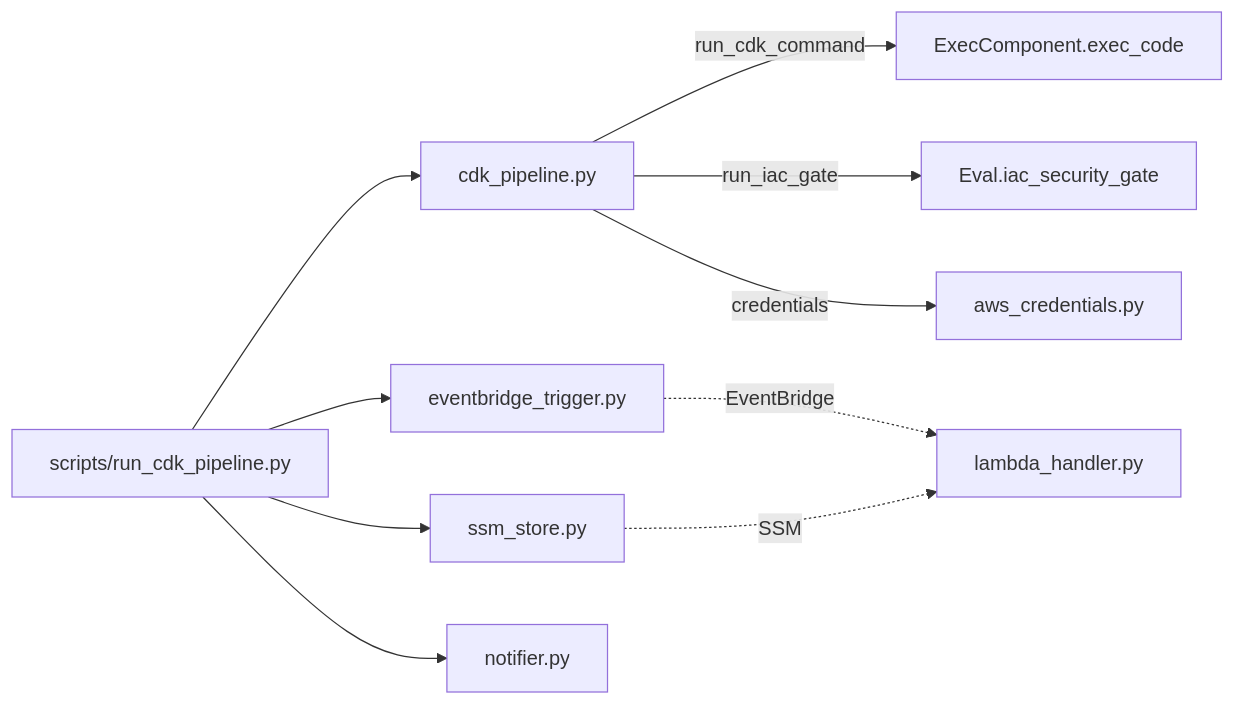
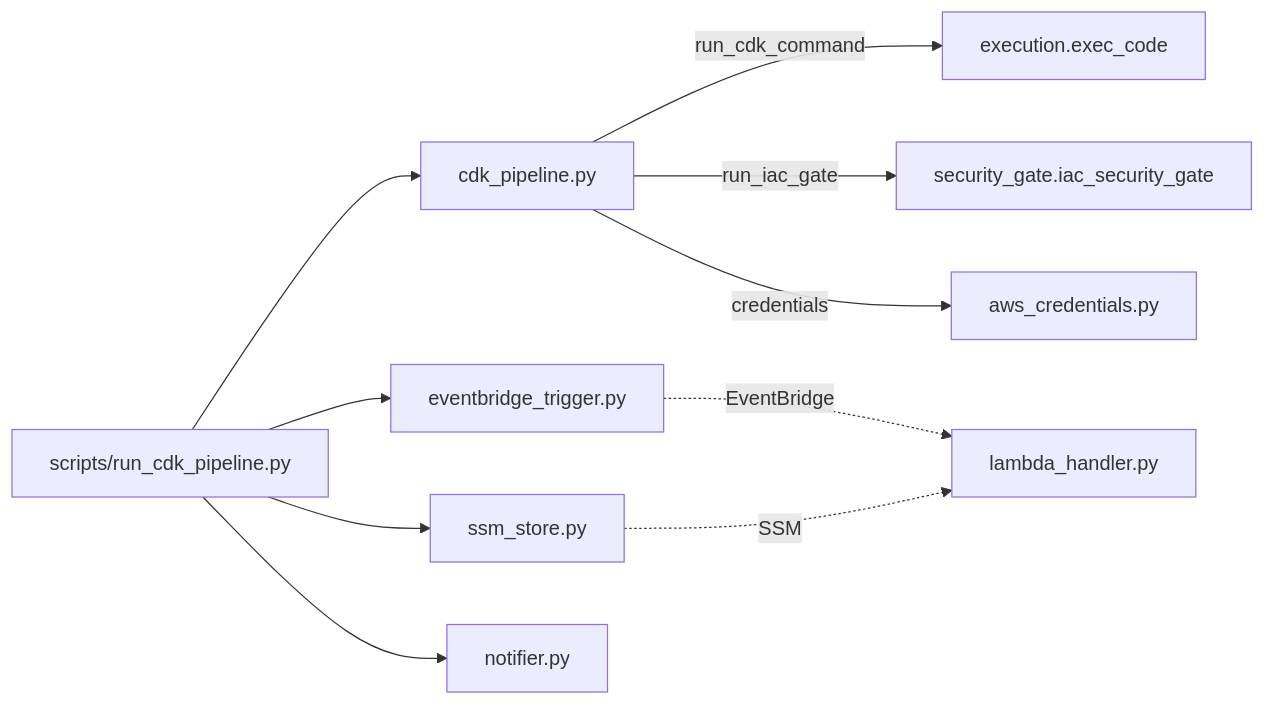
Before and after one commit to JAWilliam1599/Thesis: the diagram in pipeline/README.md, drawn with Mermaid. The commit also changed other lines of this file and 182 other files, not shown here.

````diff
--- a/pipeline/README.md
+++ b/pipeline/README.md
@@ -14,12 +14,12 @@
 ```mermaid
 flowchart LR
     A[scripts/run_cdk_pipeline.py] --> B[cdk_pipeline.py]
-    B -->|run_cdk_command| C[ExecComponent.exec_code]
-    B -->|run_iac_gate| D[Eval.iac_security_gate]
+    B -->|run_cdk_command| C[execution.exec_code]
+    B -->|run_iac_gate| D[security_gate.iac_security_gate]
     B -->|credentials| E[aws_credentials.py]
     A --> F[ssm_store.py]
     A --> G[eventbridge_trigger.py]
     A --> H[notifier.py]
     G -.EventBridge.-> I[lambda_handler.py]
     F -.SSM.-> I
 ```
````
